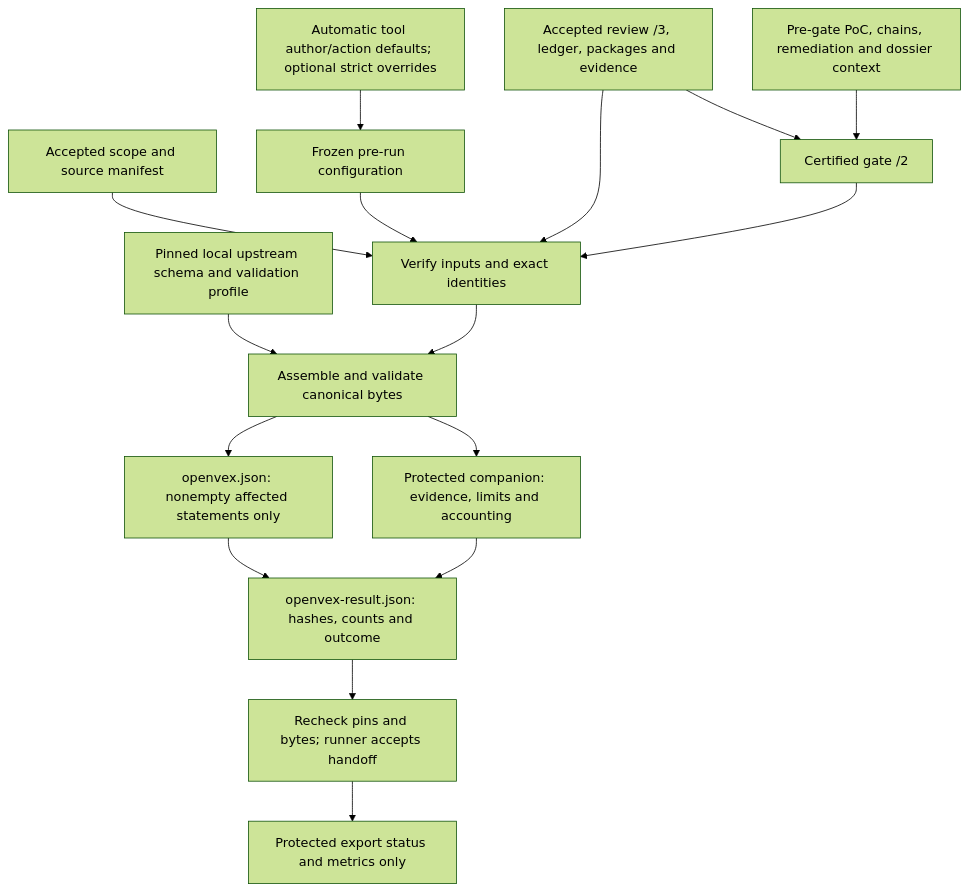
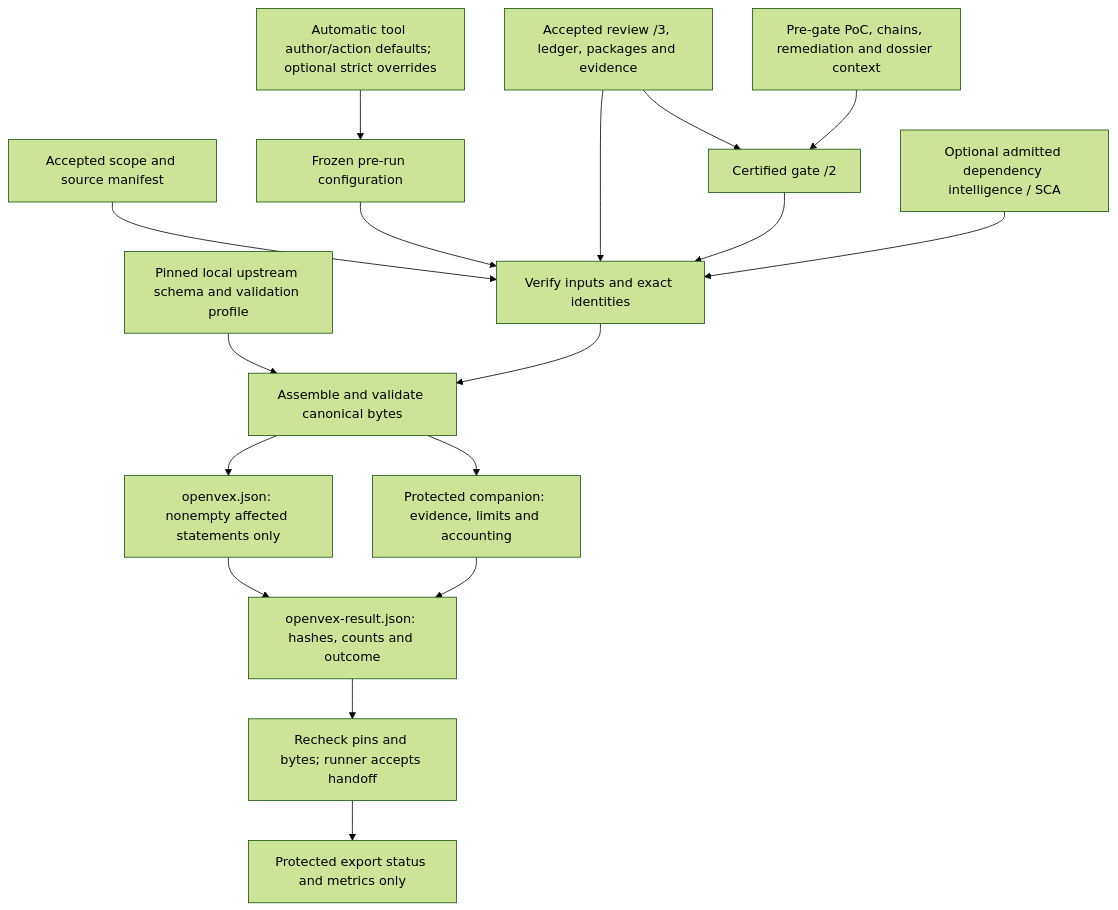
The first of 3 diagrams in docs/operations/openvex-export.md (wsollers/appsec-review), drawn with Mermaid (forest theme) before and after one commit. The commit also changed other lines of this file and 5 other files, not shown here.

````diff
--- a/docs/operations/openvex-export.md
+++ b/docs/operations/openvex-export.md
@@ -68,18 +100,19 @@
 ```mermaid
 flowchart TD
     Defaults["Automatic tool author/action defaults; optional strict overrides"] --> Config["Frozen pre-run configuration"]
     Review["Accepted review /3, ledger, packages and evidence"] --> Gate["Certified gate /2"]
     Completion["Pre-gate PoC, chains, remediation and dossier context"] --> Gate
     Scope["Accepted scope and source manifest"] --> Verify["Verify inputs and exact identities"]
     Config --> Verify
     Review --> Verify
     Gate --> Verify
+    Dependencies["Optional admitted dependency intelligence / SCA"] --> Verify
     Schema["Pinned local upstream schema and validation profile"] --> Assemble["Assemble and validate canonical bytes"]
     Verify --> Assemble
     Assemble --> Vex["openvex.json: nonempty affected statements only"]
     Assemble --> Companion["Protected companion: evidence, limits and accounting"]
     Vex --> Result["openvex-result.json: hashes, counts and outcome"]
     Companion --> Result
     Result --> Accept["Recheck pins and bytes; runner accepts handoff"]
     Accept --> OperatorView["Protected export status and metrics only"]
 ```
````
